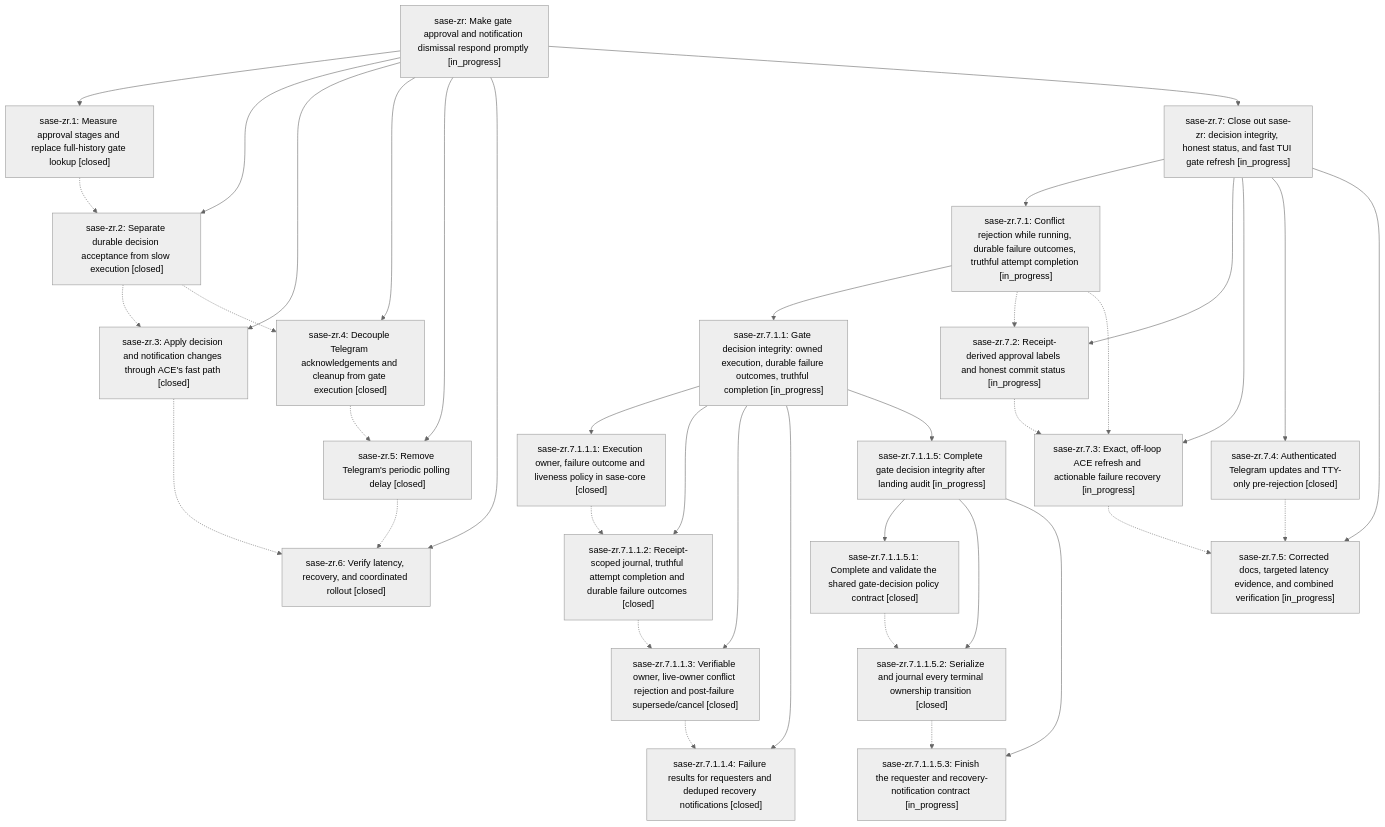
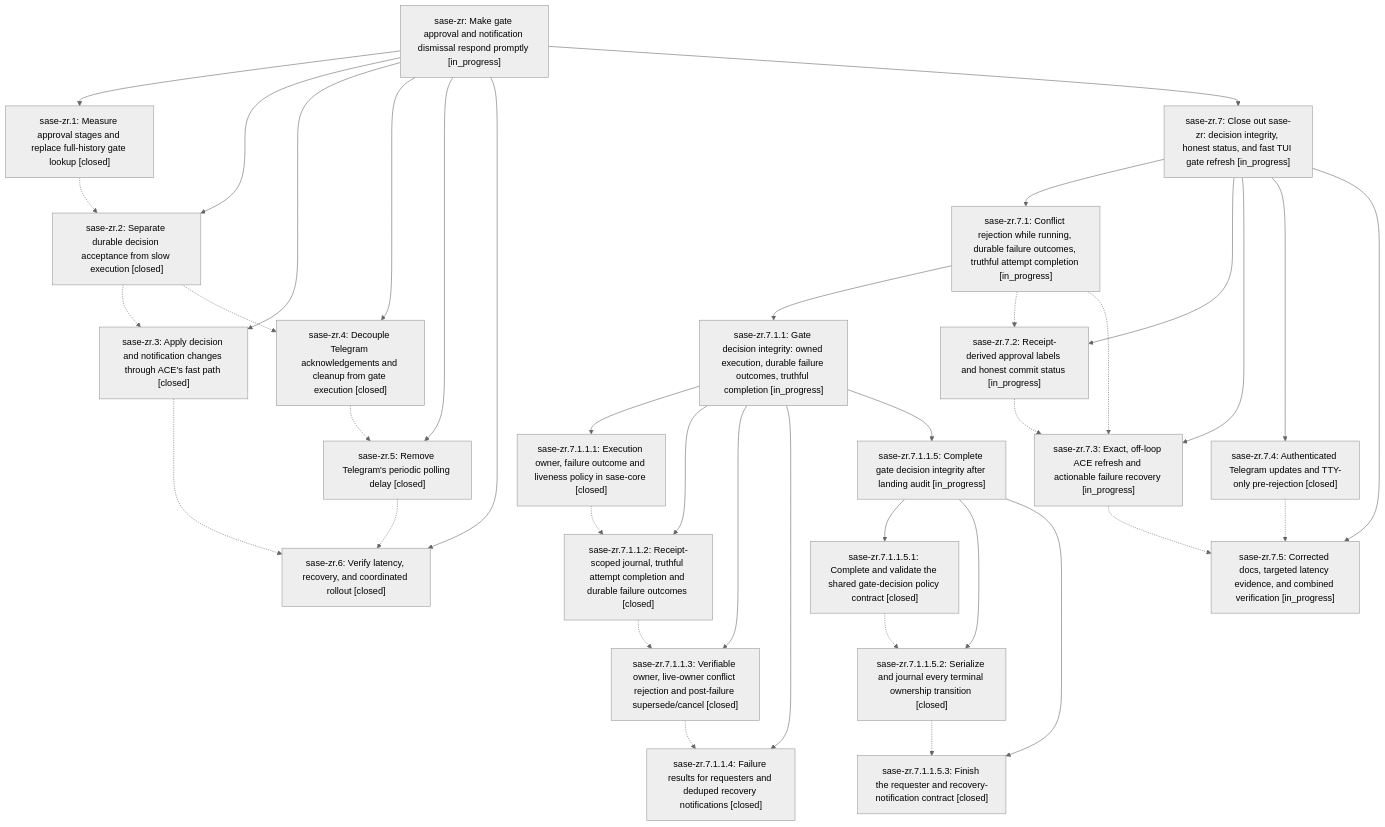
The diagram in pages/sase-zr/README.md (sase-org/sase--beads), drawn with Mermaid (neutral theme) before and after one commit. The commit also changed other lines of this file and 2 other files, not shown here.

First line of the commit message:
chore(beads): sync bead state and pages for sase-zr

````diff
--- a/pages/sase-zr/README.md
+++ b/pages/sase-zr/README.md
@@ -92,62 +92,62 @@
 ```mermaid
 flowchart TD
     n0["sase-zr: Make gate approval and notification dismissal respond promptly [in_progress]"]
     n1["sase-zr.1: Measure approval stages and replace full-history gate lookup [closed]"]
     n2["sase-zr.2: Separate durable decision acceptance from slow execution [closed]"]
     n3["sase-zr.3: Apply decision and notification changes through ACE's fast path [closed]"]
     n4["sase-zr.4: Decouple Telegram acknowledgements and cleanup from gate execution [closed]"]
     n5["sase-zr.5: Remove Telegram's periodic polling delay [closed]"]
     n6["sase-zr.6: Verify latency, recovery, and coordinated rollout [closed]"]
     n7["sase-zr.7: Close out sase-zr: decision integrity, honest status, and fast TUI gate refresh [in_progress]"]
     n8["sase-zr.7.1: Conflict rejection while running, durable failure outcomes, truthful attempt completion [in_progress]"]
     n9["sase-zr.7.1.1: Gate decision integrity: owned execution, durable failure outcomes, truthful completion [in_progress]"]
     n10["sase-zr.7.1.1.1: Execution owner, failure outcome and liveness policy in sase-core [closed]"]
     n11["sase-zr.7.1.1.2: Receipt-scoped journal, truthful attempt completion and durable failure outcomes [closed]"]
     n12["sase-zr.7.1.1.3: Verifiable owner, live-owner conflict rejection and post-failure supersede/cancel [closed]"]
     n13["sase-zr.7.1.1.4: Failure results for requesters and deduped recovery notifications [closed]"]
     n14["sase-zr.7.1.1.5: Complete gate decision integrity after landing audit [in_progress]"]
     n15["sase-zr.7.1.1.5.1: Complete and validate the shared gate-decision policy contract [closed]"]
     n16["sase-zr.7.1.1.5.2: Serialize and journal every terminal ownership transition [closed]"]
-    n17["sase-zr.7.1.1.5.3: Finish the requester and recovery-notification contract [in_progress]"]
+    n17["sase-zr.7.1.1.5.3: Finish the requester and recovery-notification contract [closed]"]
     n18["sase-zr.7.2: Receipt-derived approval labels and honest commit status [in_progress]"]
     n19["sase-zr.7.3: Exact, off-loop ACE refresh and actionable failure recovery [in_progress]"]
     n20["sase-zr.7.4: Authenticated Telegram updates and TTY-only pre-rejection [closed]"]
     n21["sase-zr.7.5: Corrected docs, targeted latency evidence, and combined verification [in_progress]"]
     n0 --> n1
     n0 --> n2
     n0 --> n3
     n0 --> n4
     n0 --> n5
     n0 --> n6
     n0 --> n7
     n7 --> n8
     n8 --> n9
     n9 --> n10
     n9 --> n11
     n9 --> n12
     n9 --> n13
     n9 --> n14
     n14 --> n15
     n14 --> n16
     n14 --> n17
     n7 --> n18
     n7 --> n19
     n7 --> n20
     n7 --> n21
     n1 -.-> n2
     n2 -.-> n3
     n2 -.-> n4
     n3 -.-> n6
     n4 -.-> n5
     n5 -.-> n6
     n8 -.-> n18
     n8 -.-> n19
     n10 -.-> n11
     n11 -.-> n12
     n12 -.-> n13
     n15 -.-> n16
     n16 -.-> n17
     n18 -.-> n19
     n19 -.-> n21
     n20 -.-> n21
 ```
````
